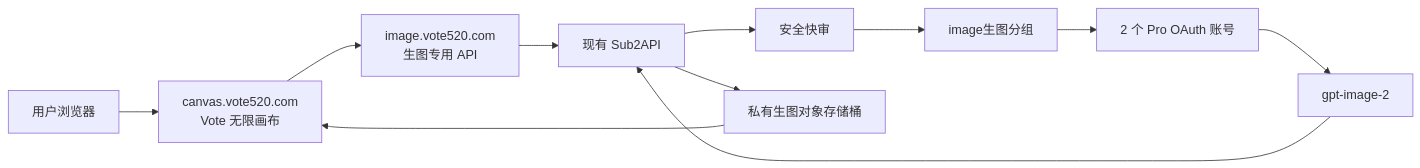
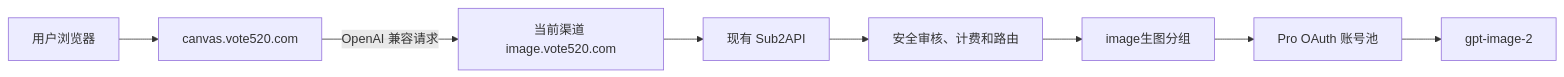
Before and after one commit to bupiter/infinite-canvas: the diagram in docs/INFINITE_CANVAS_IMAGE_WORKBENCH_DESIGN_CN.md, drawn with Mermaid. The commit also changed other lines of this file and 39 other files, not shown here.

````diff
--- a/docs/INFINITE_CANVAS_IMAGE_WORKBENCH_DESIGN_CN.md
+++ b/docs/INFINITE_CANVAS_IMAGE_WORKBENCH_DESIGN_CN.md
@@ -31,13 +31,10 @@
 ```mermaid
 flowchart LR
-    U["用户浏览器"] --> C["canvas.vote520.com<br/>Vote 无限画布"]
-    C --> I["image.vote520.com<br/>生图专用 API"]
+    U["用户浏览器"] --> C["canvas.vote520.com"]
+    C -->|"OpenAI 兼容请求"| I["当前渠道 image.vote520.com"]
     I --> S["现有 Sub2API"]
-    S --> A["安全快审"]
-    A --> G["image生图分组"]
-    G --> P["2 个 Pro OAuth 账号"]
-    P --> O["gpt-image-2"]
-    O --> S
-    S --> B["私有生图对象存储桶"]
-    B --> C
+    S --> R["安全审核、计费和路由"]
+    R --> G["image生图分组"]
+    G --> P["Pro OAuth 账号池"]
+    P --> M["gpt-image-2"]
 ```
````
